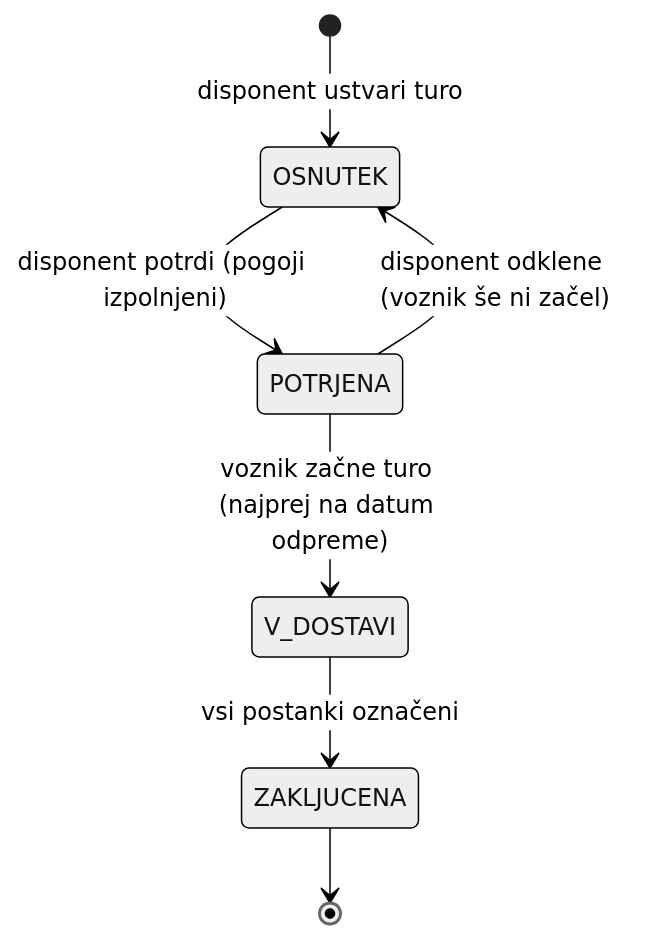
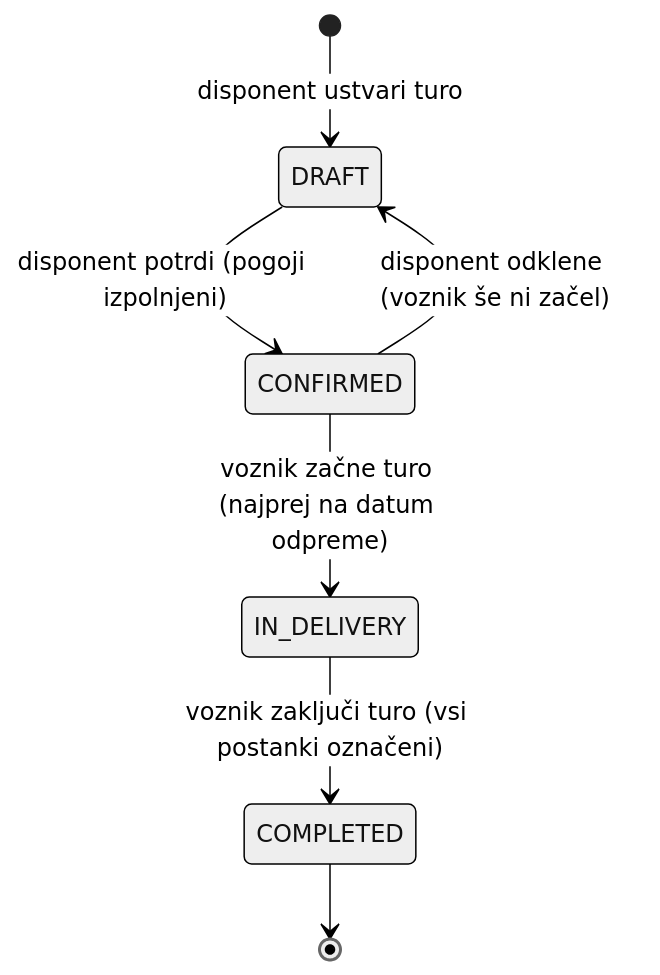
One commit to n-varoscic/TuraPlan changed the second of 3 diagrams in docs/03-podatkovni-model.md. Above: the diagram before and after it, drawn with Mermaid (neutral theme). The commit also changed other lines of this file and 9 other files, not shown here.

````diff
--- a/docs/03-podatkovni-model.md
+++ b/docs/03-podatkovni-model.md
@@ -192,9 +194,9 @@
 ```mermaid
 stateDiagram-v2
-    [*] --> OSNUTEK : disponent ustvari turo
-    OSNUTEK --> POTRJENA : disponent potrdi (pogoji izpolnjeni)
-    POTRJENA --> OSNUTEK : disponent odklene (voznik še ni začel)
-    POTRJENA --> V_DOSTAVI : voznik začne turo (najprej na datum odpreme)
-    V_DOSTAVI --> ZAKLJUCENA : vsi postanki označeni
-    ZAKLJUCENA --> [*]
+    [*] --> DRAFT : disponent ustvari turo
+    DRAFT --> CONFIRMED : disponent potrdi (pogoji izpolnjeni)
+    CONFIRMED --> DRAFT : disponent odklene (voznik še ni začel)
+    CONFIRMED --> IN_DELIVERY : voznik začne turo (najprej na datum odpreme)
+    IN_DELIVERY --> COMPLETED : voznik zaključi turo (vsi postanki označeni)
+    COMPLETED --> [*]
 ```
````
